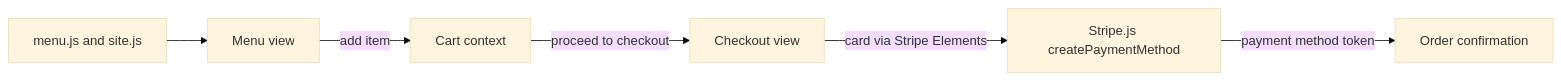
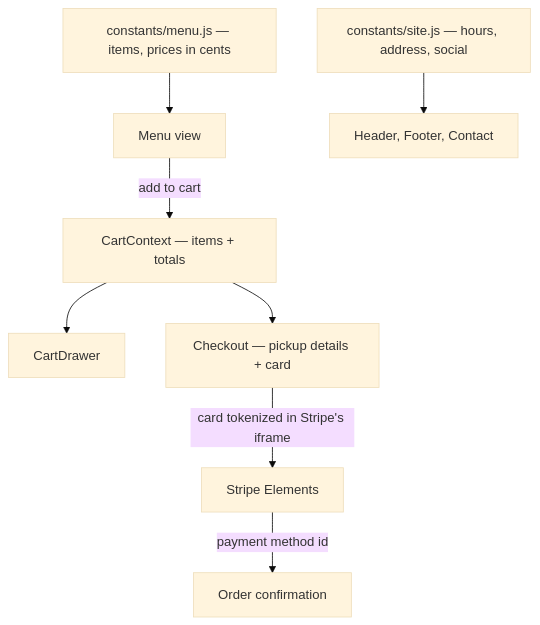
Before and after one commit to TaylorURL/charliets-com: the diagram in README.md, drawn with Mermaid (base theme). The commit also changed other lines of this file and 7 other files, not shown here.

````diff
--- a/README.md
+++ b/README.md
@@ -114,8 +94,10 @@
 ```mermaid
-flowchart LR
-  D[menu.js and site.js] --> M[Menu view]
-  M -->|add item| C[Cart context]
-  C -->|proceed to checkout| CO[Checkout view]
-  CO -->|card via Stripe Elements| S[Stripe.js createPaymentMethod]
-  S -->|payment method token| OK[Order confirmation]
+flowchart TD
+    M["constants/menu.js — items, prices in cents"] --> V["Menu view"]
+    V -->|"add to cart"| C["CartContext — items + totals"]
+    C --> D["CartDrawer"]
+    C --> CO["Checkout — pickup details + card"]
+    CO -->|"card tokenized in Stripe's iframe"| ST["Stripe Elements"]
+    ST -->|"payment method id"| SU["Order confirmation"]
+    S["constants/site.js — hours, address, social"] --> F["Header, Footer, Contact"]
 ```
````
